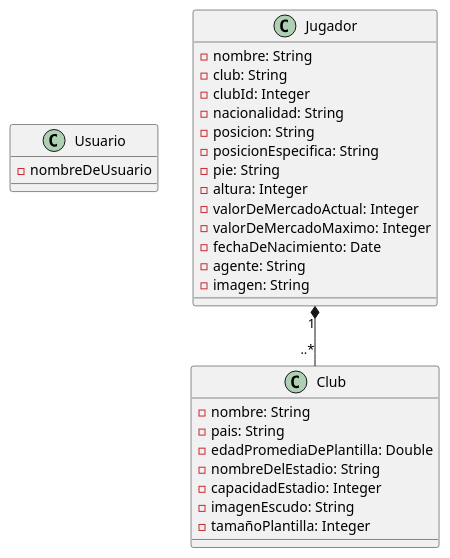
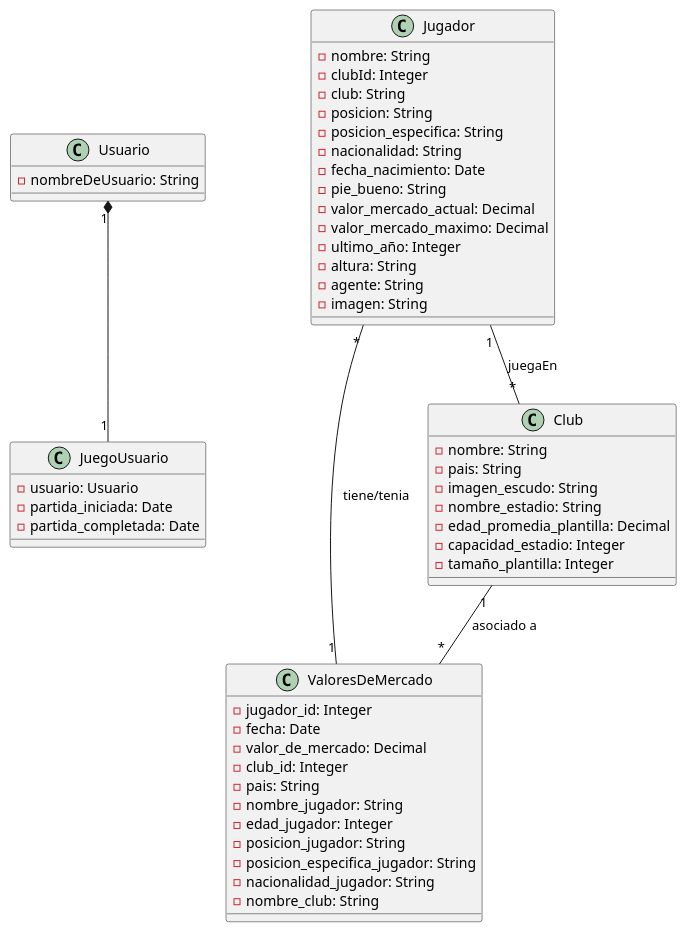
Before and after one commit to Alvsanflo/TFG: the diagram in umlTFG.puml, drawn with PlantUML. The commit also changed 9 other files, not shown here.

Commit message:
Diagrama de carpetas y Uml cambiados

```diff
--- a/umlTFG.puml
+++ b/umlTFG.puml
@@ -1,36 +1,60 @@
 @startuml umlTFG
 
-class Usuario{
-    - nombreDeUsuario
+class Usuario {
+    - nombreDeUsuario: String
 }
 
 class Jugador {
     - nombre: String
+    - clubId: Integer
     - club: String
-    - clubId: Integer
+    - posicion: String
+    - posicion_especifica: String
     - nacionalidad: String
-    - posicion: String
-    - posicionEspecifica: String
-    - pie: String
-    - altura: Integer
-    - valorDeMercadoActual: Integer
-    - valorDeMercadoMaximo: Integer
-    - fechaDeNacimiento: Date
+    - fecha_nacimiento: Date
+    - pie_bueno: String
+    - valor_mercado_actual: Decimal
+    - valor_mercado_maximo: Decimal
+    - ultimo_año: Integer
+    - altura: String
     - agente: String
     - imagen: String
 }
-
+class ValoresDeMercado {
+    - jugador_id: Integer
+    - fecha: Date
+    - valor_de_mercado: Decimal
+    - club_id: Integer
+    - pais: String
+    - nombre_jugador: String
+    - edad_jugador: Integer
+    - posicion_jugador: String
+    - posicion_especifica_jugador: String
+    - nacionalidad_jugador: String
+    - nombre_club: String
+}
 class Club {
     - nombre: String
     - pais: String
-    - edadPromediaDePlantilla: Double
-    - nombreDelEstadio: String
-    - capacidadEstadio: Integer
-    - imagenEscudo: String
-    - tamañoPlantilla: Integer
+    - imagen_escudo: String
+    - nombre_estadio: String
+    - edad_promedia_plantilla: Decimal
+    - capacidad_estadio: Integer
+    - tamaño_plantilla: Integer
 }
 
 
 
-Jugador "1" *-- "..*" Club
+class JuegoUsuario {
+    - usuario: Usuario
+    - partida_iniciada: Date
+    - partida_completada: Date
+}
+
+Usuario "1" *-- "1" JuegoUsuario
+
+Jugador "1" -- "*" Club : juegaEn
+Jugador "*" -- "1" ValoresDeMercado : tiene/tenia
+Club "1" -- "*" ValoresDeMercado : asociado a
+
 @enduml
```
